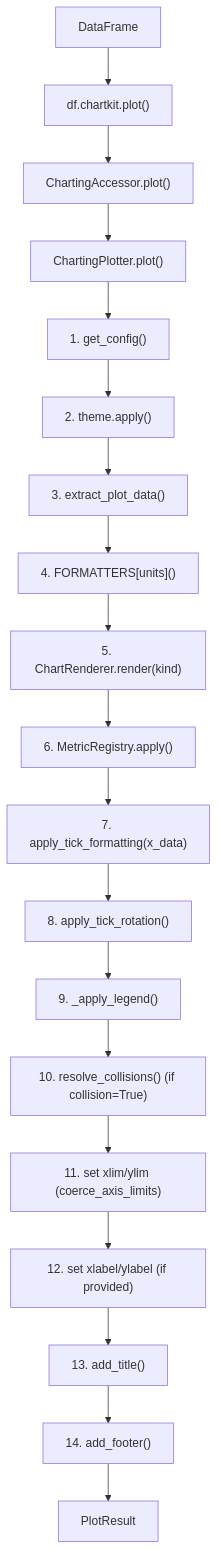
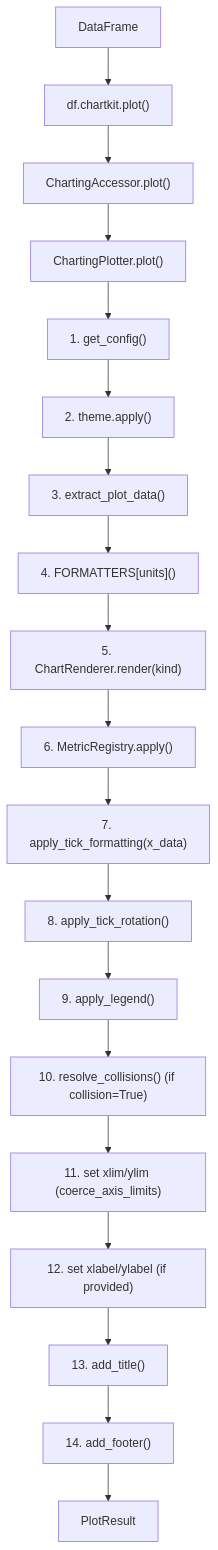
One commit to enzoomoreira/chartkit changed the diagram in docs/contributing/architecture.md. Above: the diagram before and after it, drawn with Mermaid. The commit also changed other lines of this file and 25 other files, not shown here.

````diff
--- a/docs/contributing/architecture.md
+++ b/docs/contributing/architecture.md
@@ -92,22 +91,22 @@
 ```mermaid
 flowchart TD
     A[DataFrame] --> B["df.chartkit.plot()"]
     B --> C["ChartingAccessor.plot()"]
     C --> D["ChartingPlotter.plot()"]
 
     D --> D1["1. get_config()"]
     D1 --> D2["2. theme.apply()"]
     D2 --> D3["3. extract_plot_data()"]
     D3 --> D4["4. FORMATTERS[units]()"]
     D4 --> D5["5. ChartRenderer.render(kind)"]
     D5 --> D6["6. MetricRegistry.apply()"]
     D6 --> D6c["7. apply_tick_formatting(x_data)"]
     D6c --> D6d["8. apply_tick_rotation()"]
-    D6d --> D6b["9. _apply_legend()"]
+    D6d --> D6b["9. apply_legend()"]
     D6b --> D7["10. resolve_collisions() (if collision=True)"]
     D7 --> D7a["11. set xlim/ylim (coerce_axis_limits)"]
     D7a --> D7b["12. set xlabel/ylabel (if provided)"]
     D7b --> D8["13. add_title()"]
     D8 --> D9["14. add_footer()"]
     D9 --> E["PlotResult"]
 ```
````
